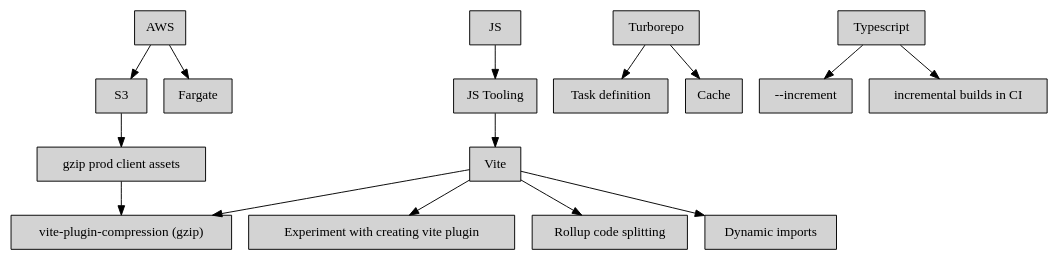
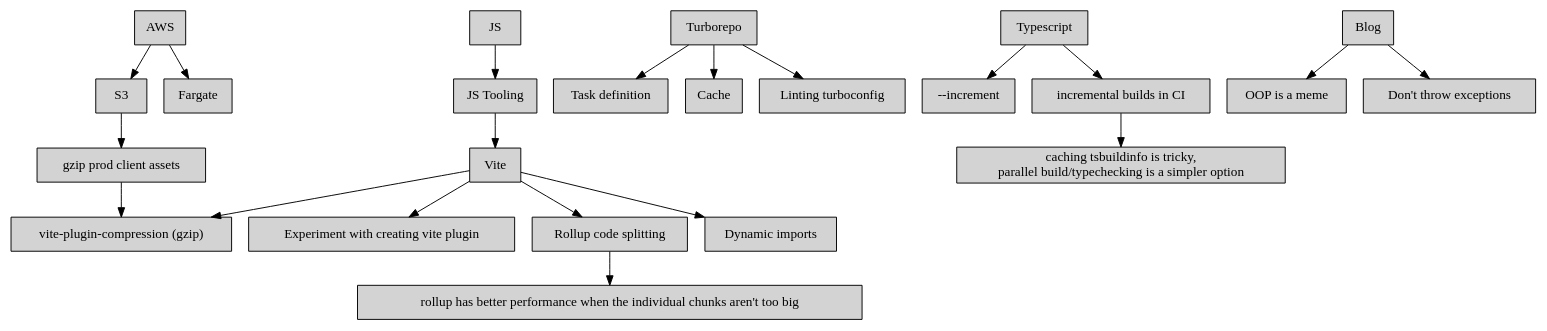
One commit to KonstantinSimeonov/roadmap changed the diagram in roadmap.dot. Above: the diagram before and after it, drawn with Graphviz. The commit also changed 1 other file, not shown here.

```diff
--- a/roadmap.dot
+++ b/roadmap.dot
@@ -1,14 +1,17 @@
 digraph {
     node [shape=box style=filled]
     "AWS" -> "S3"
     "S3" -> "gzip prod client assets"
     "AWS" -> "Fargate"
     "JS" -> "JS Tooling"
     "JS Tooling" -> "Vite"
     "Vite" -> "vite-plugin-compression (gzip)"
     "vite-plugin-compression (gzip)" [href="http://github.com/vbenjs/vite-plugin-compression"]
     "gzip prod client assets" -> "vite-plugin-compression (gzip)"
     "Vite" -> "Experiment with creating vite plugin", "Rollup code splitting", "Dynamic imports"
-    "Turborepo" -> "Task definition", "Cache"
+    "Rollup code splitting" -> "rollup has better performance when the individual chunks aren't too big"
+    "Turborepo" -> "Task definition", "Cache", "Linting turboconfig"
     "Typescript" -> "--increment", "incremental builds in CI"
+    "incremental builds in CI" -> "caching tsbuildinfo is tricky,\nparallel build/typechecking is a simpler option"
+    "Blog" -> "OOP is a meme", "Don't throw exceptions"
 }
```
